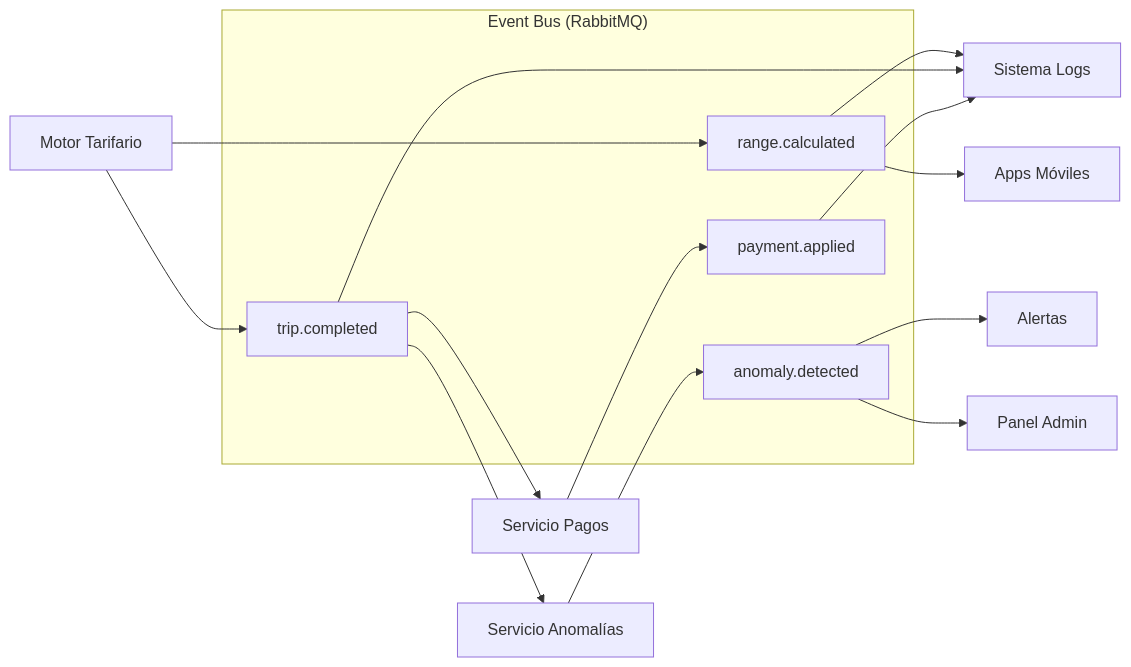
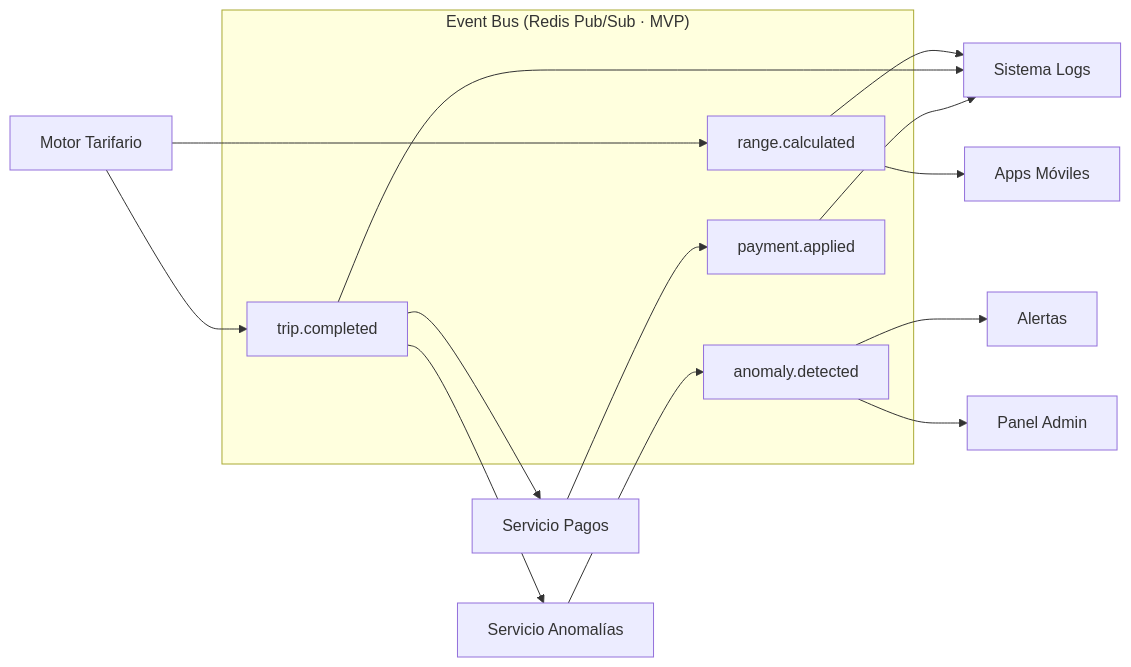
Before and after one commit to die-go12/Motor-Tarifario-Inteligente-para-inDrive-en-Lima-Metropolitana: the ninth of 9 diagrams in Documentación/Aquitectura/Arquitectura_general.md, drawn with Mermaid. The commit also changed other lines of this file and 3 other files, not shown here.

First line of the commit message:
docs(arquitectura): documenta el bus redis pub/sub y el roadmap de reportes

````diff
--- a/Documentación/Aquitectura/Arquitectura_general.md
+++ b/Documentación/Aquitectura/Arquitectura_general.md
@@ -550,23 +552,23 @@
 ```mermaid
 flowchart LR
-    subgraph "Event Bus (RabbitMQ)"
+    subgraph "Event Bus (Redis Pub/Sub · MVP)"
         E1[range.calculated]
         E2[trip.completed]
         E3[anomaly.detected]
         E4[payment.applied]
     end
 
     Motor[Motor Tarifario] --> E1
     Motor --> E2
     Anomalias[Servicio Anomalías] --> E3
     Pagos[Servicio Pagos] --> E4
 
     E1 --> Logs[Sistema Logs]
     E1 --> Apps[Apps Móviles]
     E2 --> Anomalias
     E2 --> Pagos
     E2 --> Logs
     E3 --> Alertas[Alertas]
     E3 --> Panel[Panel Admin]
     E4 --> Logs
 ```
````
